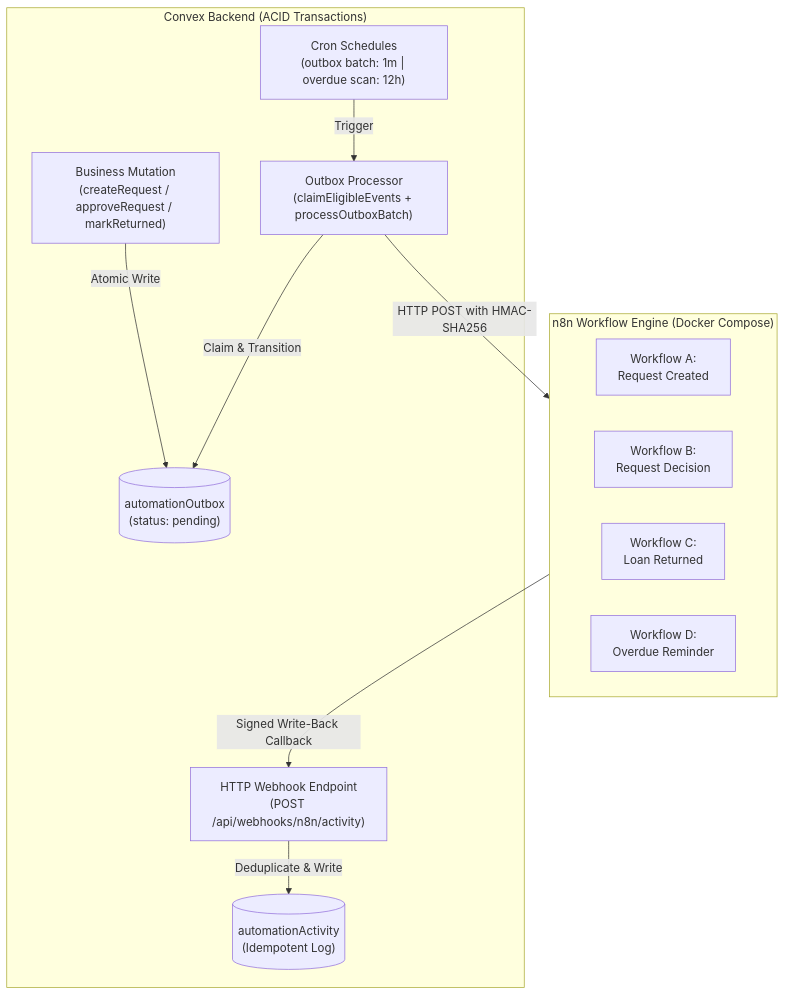
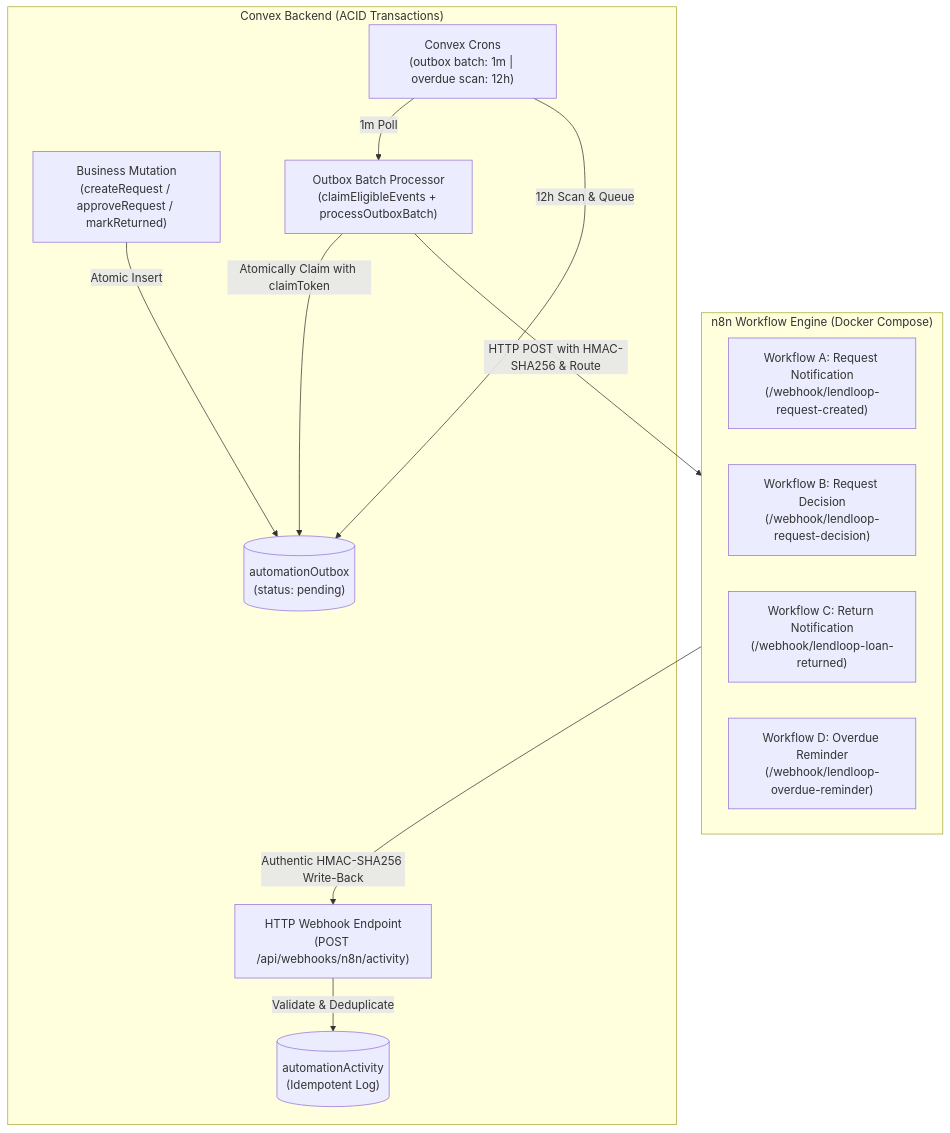
Before and after one commit to teja0604/LendLoop: the diagram in docs/automation.md, drawn with Mermaid. The commit also changed other lines of this file and 11 other files, not shown here.

````diff
--- a/docs/automation.md
+++ b/docs/automation.md
@@ -11,26 +11,27 @@
 ```mermaid
 flowchart TD
     subgraph Convex ["Convex Backend (ACID Transactions)"]
         Mutation["Business Mutation\n(createRequest / approveRequest / markReturned)"]
         OutboxTable[("automationOutbox\n(status: pending)")]
-        Crons["Cron Schedules\n(outbox batch: 1m | overdue scan: 12h)"]
-        OutboxProcessor["Outbox Processor\n(claimEligibleEvents + processOutboxBatch)"]
+        Crons["Convex Crons\n(outbox batch: 1m | overdue scan: 12h)"]
+        OutboxProcessor["Outbox Batch Processor\n(claimEligibleEvents + processOutboxBatch)"]
         HttpWebhookEndpoint["HTTP Webhook Endpoint\n(POST /api/webhooks/n8n/activity)"]
         ActivityTable[("automationActivity\n(Idempotent Log)")]
 
-        Mutation -->|Atomic Write| OutboxTable
-        Crons -->|Trigger| OutboxProcessor
-        OutboxProcessor -->|Claim & Transition| OutboxTable
-        HttpWebhookEndpoint -->|Deduplicate & Write| ActivityTable
+        Mutation -->|Atomic Insert| OutboxTable
+        Crons -->|1m Poll| OutboxProcessor
+        Crons -->|12h Scan & Queue| OutboxTable
+        OutboxProcessor -->|Atomically Claim with claimToken| OutboxTable
+        HttpWebhookEndpoint -->|Validate & Deduplicate| ActivityTable
     end
 
     subgraph n8n ["n8n Workflow Engine (Docker Compose)"]
-        WorkflowA["Workflow A:\nRequest Created"]
-        WorkflowB["Workflow B:\nRequest Decision"]
-        WorkflowC["Workflow C:\nLoan Returned"]
-        WorkflowD["Workflow D:\nOverdue Reminder"]
+        WorkflowA["Workflow A: Request Notification\n(/webhook/lendloop-request-created)"]
+        WorkflowB["Workflow B: Request Decision\n(/webhook/lendloop-request-decision)"]
+        WorkflowC["Workflow C: Return Notification\n(/webhook/lendloop-loan-returned)"]
+        WorkflowD["Workflow D: Overdue Reminder\n(/webhook/lendloop-overdue-reminder)"]
     end
 
-    OutboxProcessor -->|HTTP POST with HMAC-SHA256| n8n
-    n8n -->|Signed Write-Back Callback| HttpWebhookEndpoint
+    OutboxProcessor -->|HTTP POST with HMAC-SHA256 & Route| n8n
+    n8n -->|Authentic HMAC-SHA256 Write-Back| HttpWebhookEndpoint
 ```
````
